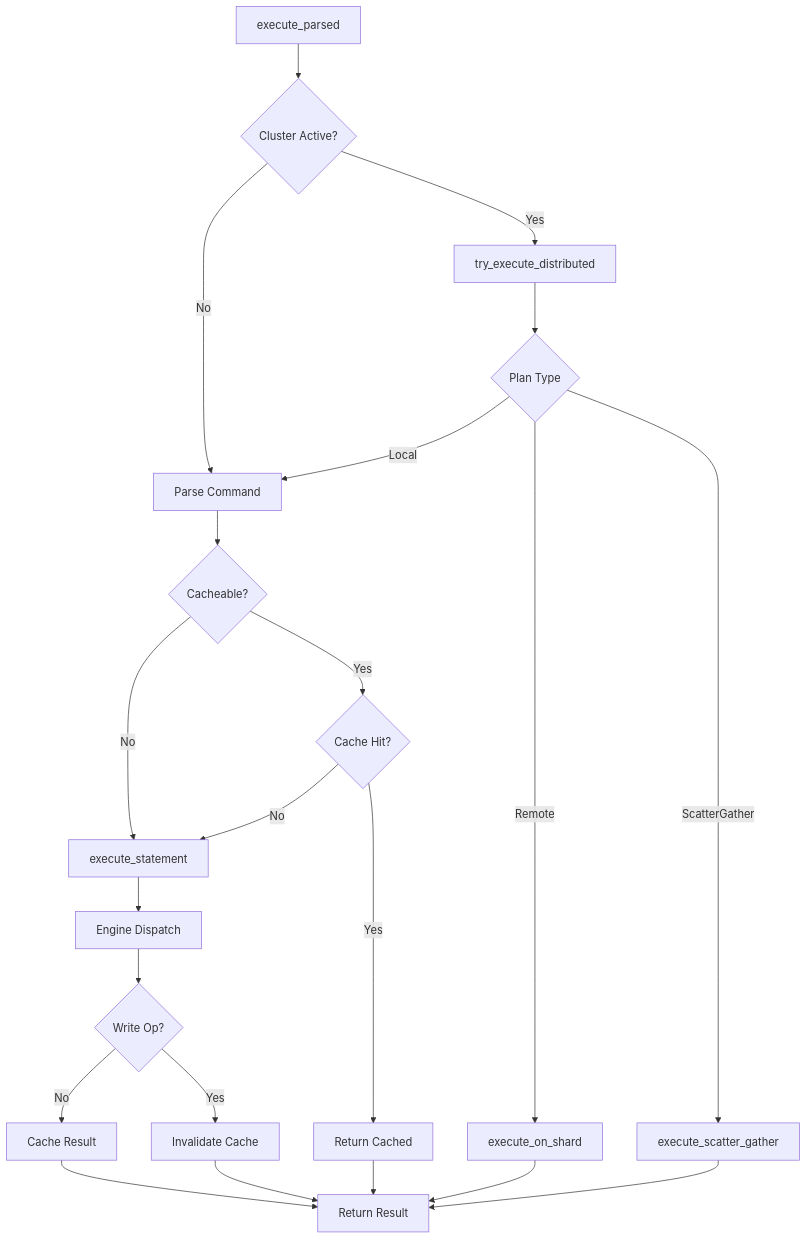
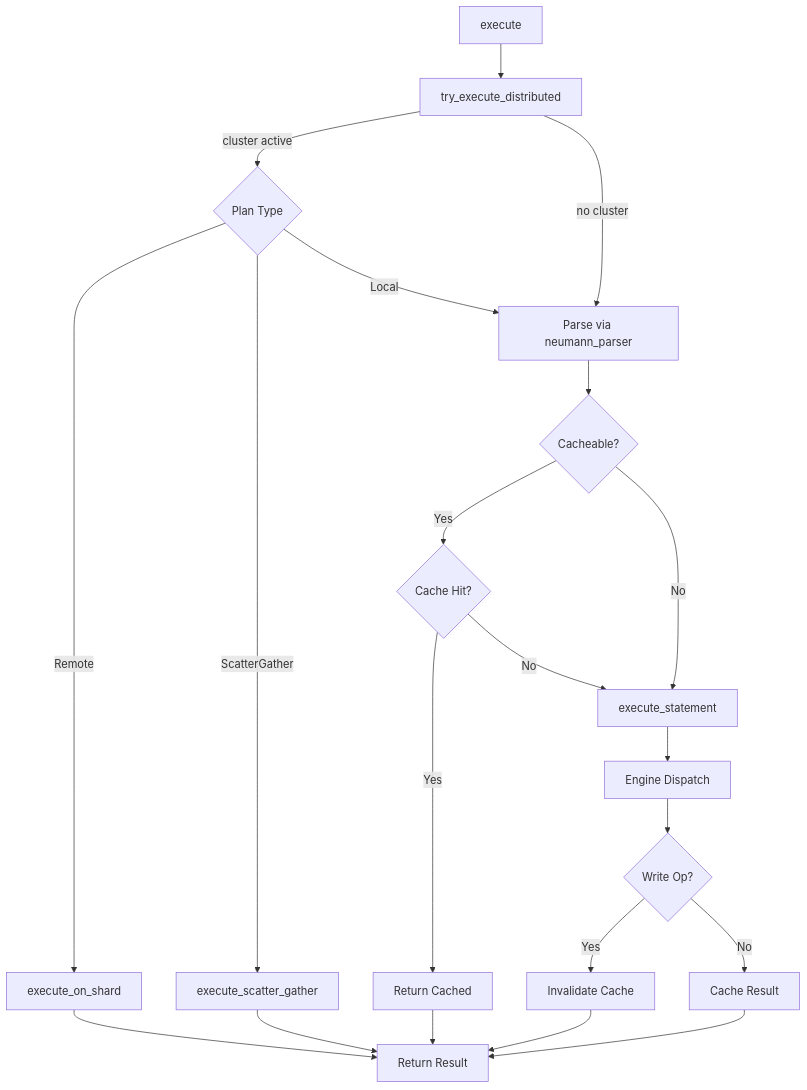
Before and after one commit to Shadylukin/Neumann: the second of 5 diagrams in docs/book/src/architecture/query-router.md, drawn with Mermaid. The commit also changed other lines of this file and 195 other files, not shown here.

First line of the commit message:
Restructure documentation to Divio system, overhaul README and roadmap

````diff
--- a/docs/book/src/architecture/query-router.md
+++ b/docs/book/src/architecture/query-router.md
@@ -256,29 +263,29 @@
 ```mermaid
 flowchart TD
-    A[execute_parsed] --> B{Cluster Active?}
-    B -->|Yes| C[try_execute_distributed]
-    B -->|No| D[Parse Command]
+    A[execute] --> B[try_execute_distributed]
 
-    C --> E{Plan Type}
-    E -->|Local| D
-    E -->|Remote| F[execute_on_shard]
-    E -->|ScatterGather| G[execute_scatter_gather]
+    B -->|cluster active| C{Plan Type}
+    C -->|Remote| F[execute_on_shard]
+    C -->|ScatterGather| G[execute_scatter_gather]
+    C -->|Local| D
+
+    B -->|no cluster| D[Parse via neumann_parser]
 
     D --> H{Cacheable?}
     H -->|Yes| I{Cache Hit?}
     H -->|No| J[execute_statement]
 
     I -->|Yes| K[Return Cached]
     I -->|No| J
 
     J --> L[Engine Dispatch]
     L --> M{Write Op?}
     M -->|Yes| N[Invalidate Cache]
     M -->|No| O[Cache Result]
 
     O --> P[Return Result]
     N --> P
     K --> P
     F --> P
     G --> P
 ```
````
